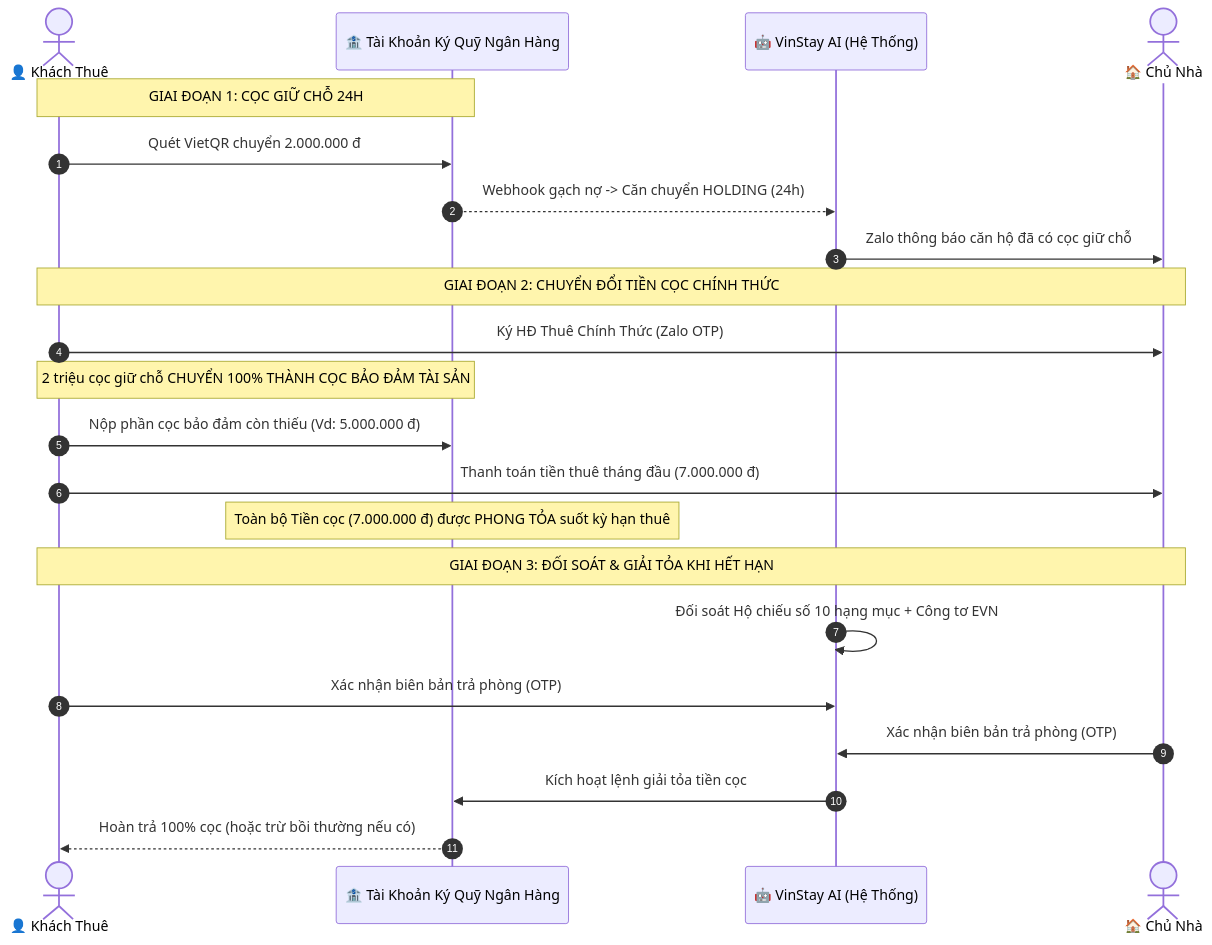
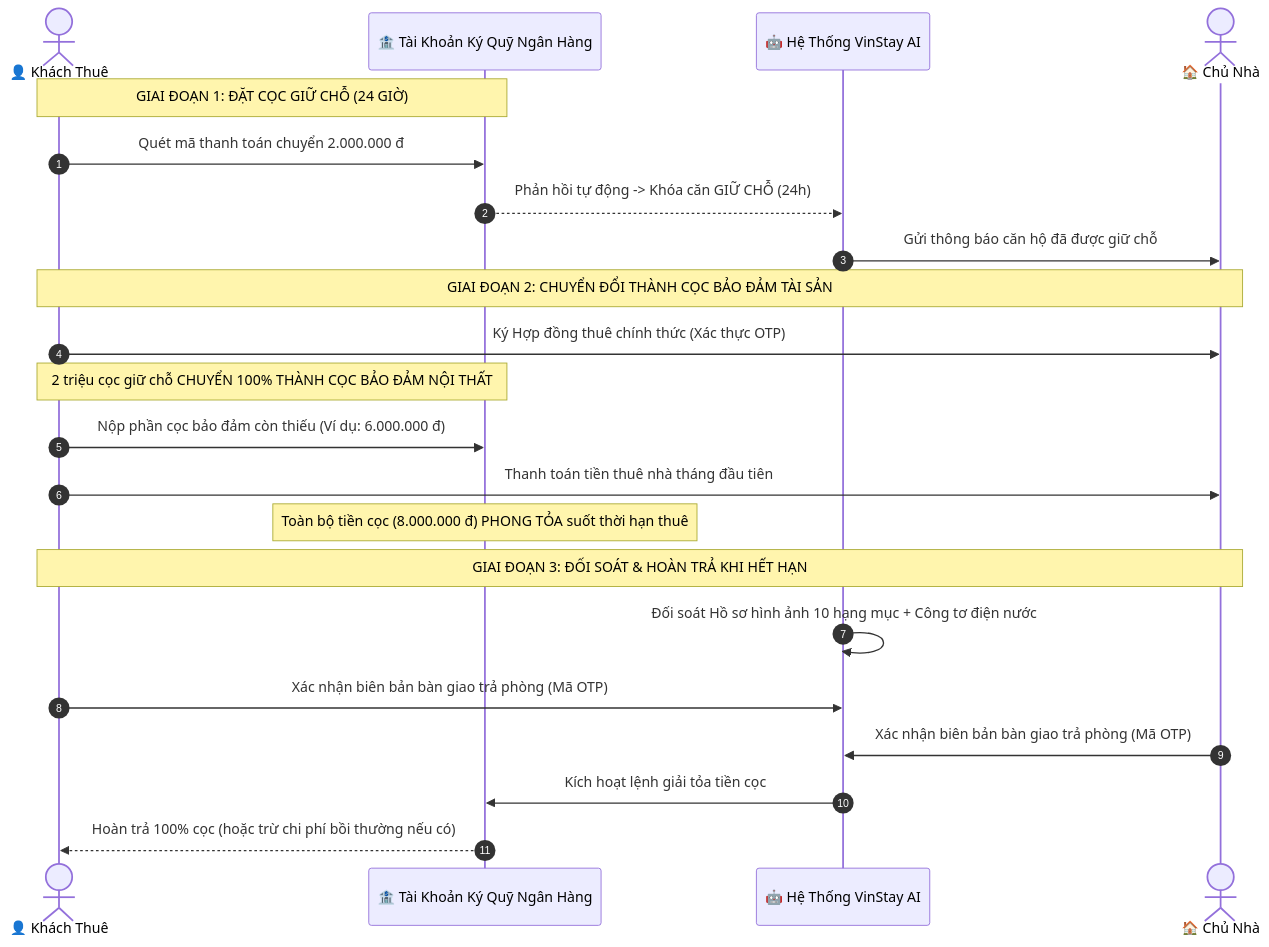
One commit to nan-bi/AI20K-Build-Phase-Cohort-4-P-010 changed the diagram in legal/07_ESCROW_AND_DEPOSIT_CUSTODY_POLICY.md. Above: the diagram before and after it, drawn with Mermaid. The commit also changed other lines of this file and 1 other file, not shown here.

Commit message:
docs(legal): chuẩn hóa ngôn ngữ tiếng Việt thuần cho Hợp đồng Ký gửi và Chính sách Ký quỹ

````diff
--- a/legal/07_ESCROW_AND_DEPOSIT_CUSTODY_POLICY.md
+++ b/legal/07_ESCROW_AND_DEPOSIT_CUSTODY_POLICY.md
@@ -39,30 +40,30 @@
 ```mermaid
 sequenceDiagram
     autonumber
     actor Tenant as 👤 Khách Thuê
     participant Escrow as 🏦 Tài Khoản Ký Quỹ Ngân Hàng
-    participant Platform as 🤖 VinStay AI (Hệ Thống)
+    participant Platform as 🤖 Hệ Thống VinStay AI
     actor Landlord as 🏠 Chủ Nhà
 
     %% GIAI ĐOẠN CỌC GIỮ CHỖ
-    Note over Tenant, Escrow: GIAI ĐOẠN 1: CỌC GIỮ CHỖ 24H
-    Tenant->>Escrow: Quét VietQR chuyển 2.000.000 đ
-    Escrow-->>Platform: Webhook gạch nợ -> Căn chuyển HOLDING (24h)
-    Platform->>Landlord: Zalo thông báo căn hộ đã có cọc giữ chỗ
+    Note over Tenant, Escrow: GIAI ĐOẠN 1: ĐẶT CỌC GIỮ CHỖ (24 GIỜ)
+    Tenant->>Escrow: Quét mã thanh toán chuyển 2.000.000 đ
+    Escrow-->>Platform: Phản hồi tự động -> Khóa căn GIỮ CHỖ (24h)
+    Platform->>Landlord: Gửi thông báo căn hộ đã được giữ chỗ
 
     %% GIAI ĐOẠN KÝ HỢP ĐỒNG
-    Note over Tenant, Landlord: GIAI ĐOẠN 2: CHUYỂN ĐỔI TIỀN CỌC CHÍNH THỨC
-    Tenant->>Landlord: Ký HĐ Thuê Chính Thức (Zalo OTP)
-    Note over Tenant, Escrow: 2 triệu cọc giữ chỗ CHUYỂN 100% THÀNH CỌC BẢO ĐẢM TÀI SẢN
-    Tenant->>Escrow: Nộp phần cọc bảo đảm còn thiếu (Vd: 5.000.000 đ)
-    Tenant->>Landlord: Thanh toán tiền thuê tháng đầu (7.000.000 đ)
-    Note over Escrow: Toàn bộ Tiền cọc (7.000.000 đ) được PHONG TỎA suốt kỳ hạn thuê
+    Note over Tenant, Landlord: GIAI ĐOẠN 2: CHUYỂN ĐỔI THÀNH CỌC BẢO ĐẢM TÀI SẢN
+    Tenant->>Landlord: Ký Hợp đồng thuê chính thức (Xác thực OTP)
+    Note over Tenant, Escrow: 2 triệu cọc giữ chỗ CHUYỂN 100% THÀNH CỌC BẢO ĐẢM NỘI THẤT
+    Tenant->>Escrow: Nộp phần cọc bảo đảm còn thiếu (Ví dụ: 6.000.000 đ)
+    Tenant->>Landlord: Thanh toán tiền thuê nhà tháng đầu tiên
+    Note over Escrow: Toàn bộ tiền cọc (8.000.000 đ) PHONG TỎA suốt thời hạn thuê
 
     %% GIAI ĐOẠN THANH LÝ
-    Note over Tenant, Landlord: GIAI ĐOẠN 3: ĐỐI SOÁT & GIẢI TỎA KHI HẾT HẠN
-    Platform->>Platform: Đối soát Hộ chiếu số 10 hạng mục + Công tơ EVN
-    Tenant->>Platform: Xác nhận biên bản trả phòng (OTP)
-    Landlord->>Platform: Xác nhận biên bản trả phòng (OTP)
+    Note over Tenant, Landlord: GIAI ĐOẠN 3: ĐỐI SOÁT & HOÀN TRẢ KHI HẾT HẠN
+    Platform->>Platform: Đối soát Hồ sơ hình ảnh 10 hạng mục + Công tơ điện nước
+    Tenant->>Platform: Xác nhận biên bản bàn giao trả phòng (Mã OTP)
+    Landlord->>Platform: Xác nhận biên bản bàn giao trả phòng (Mã OTP)
     Platform->>Escrow: Kích hoạt lệnh giải tỏa tiền cọc
-    Escrow-->>Tenant: Hoàn trả 100% cọc (hoặc trừ bồi thường nếu có)
+    Escrow-->>Tenant: Hoàn trả 100% cọc (hoặc trừ chi phí bồi thường nếu có)
 ```
````
